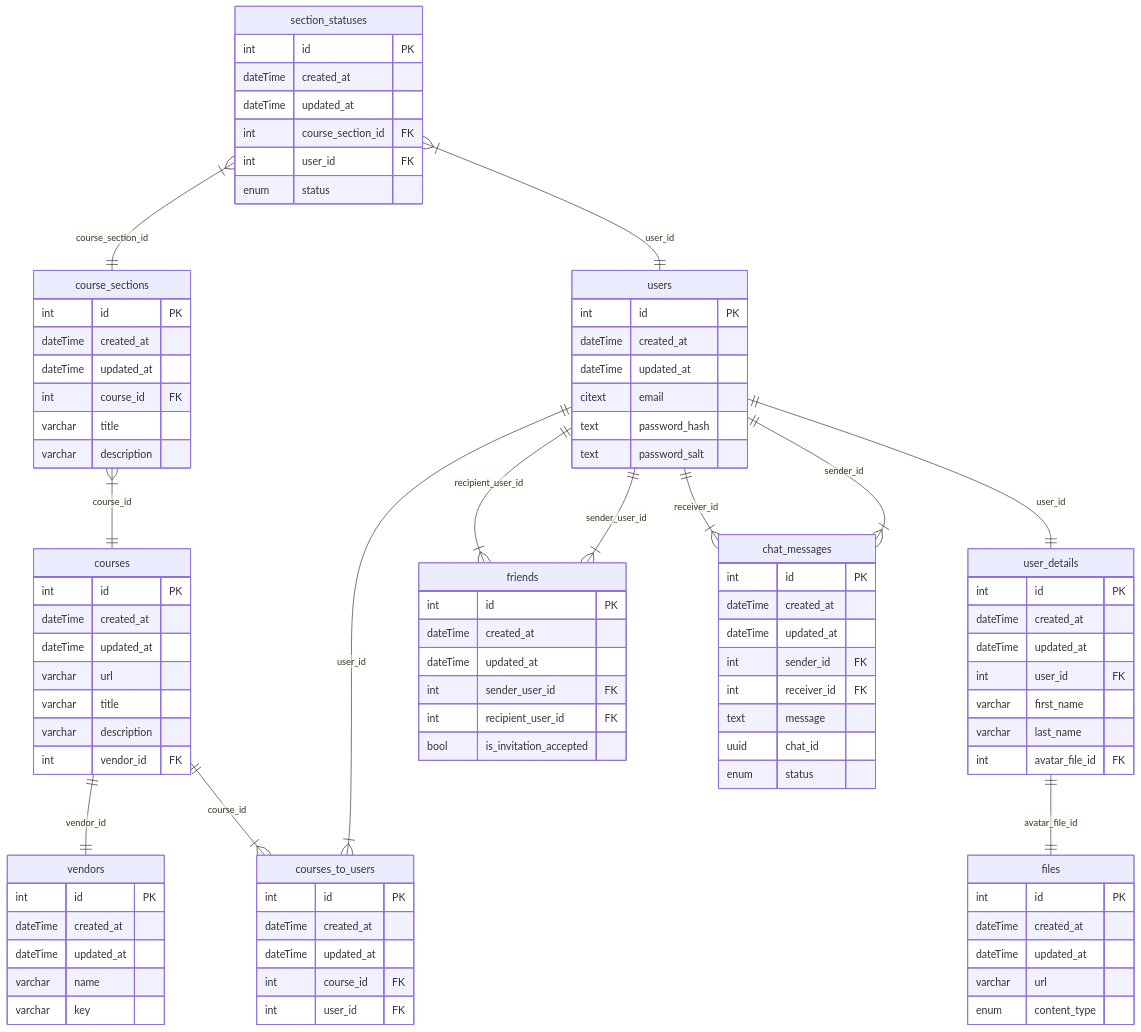
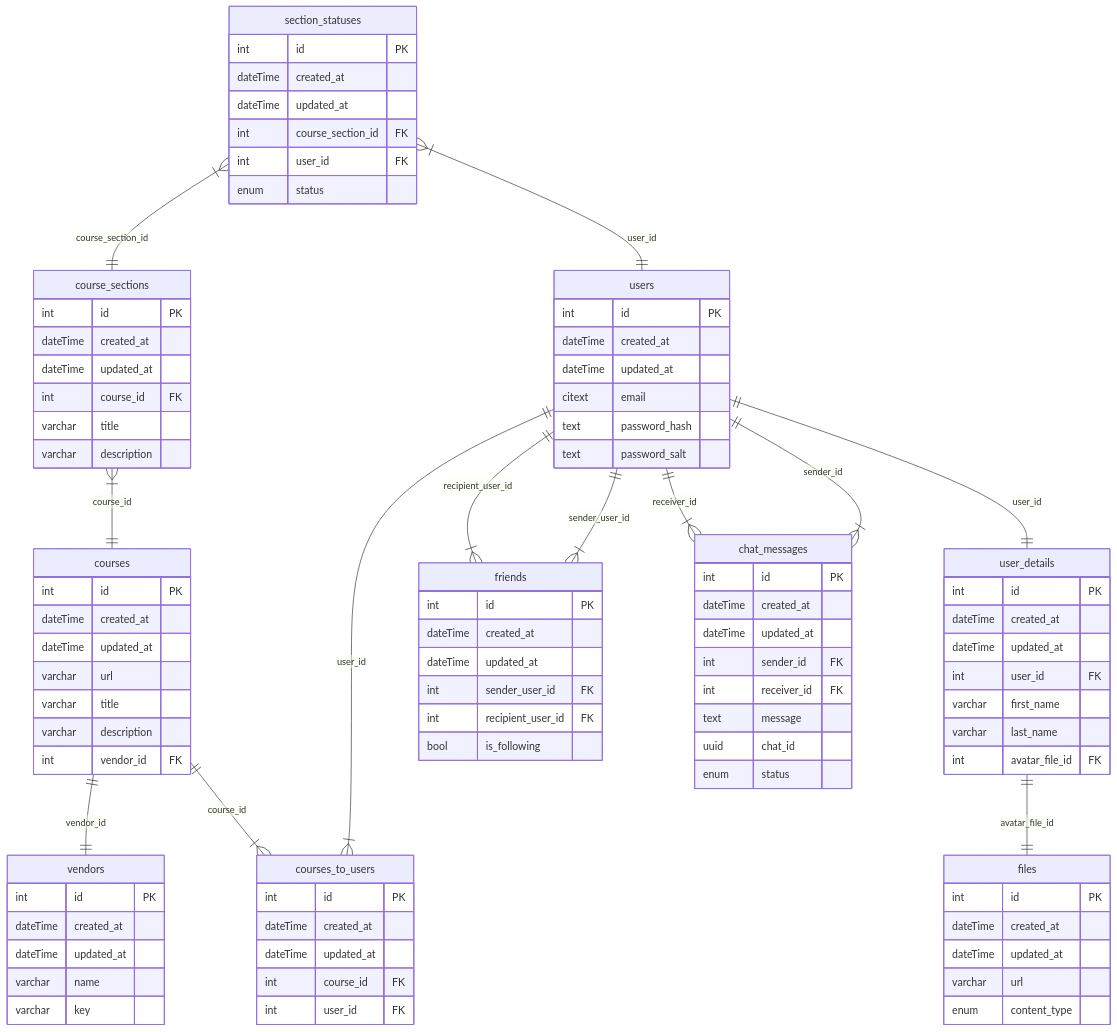
One commit to BinaryStudioAcademy/bsa-winter-2023-2024-trackmates changed the diagram in readme.md. Above: the diagram before and after it, drawn with Mermaid. The commit also changed 30 other files, not shown here.

```diff
--- a/readme.md
+++ b/readme.md
@@ -94,7 +94,7 @@
     dateTime updated_at
     int sender_user_id FK
     int recipient_user_id FK
-    bool is_invitation_accepted
+    bool is_following
    }
 
    files {
```
